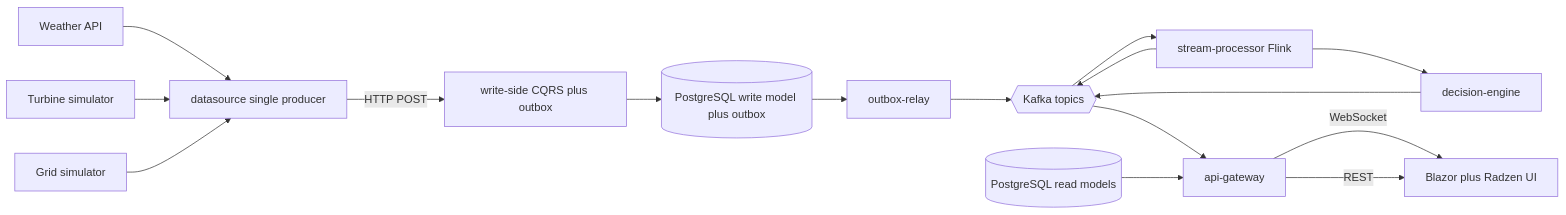
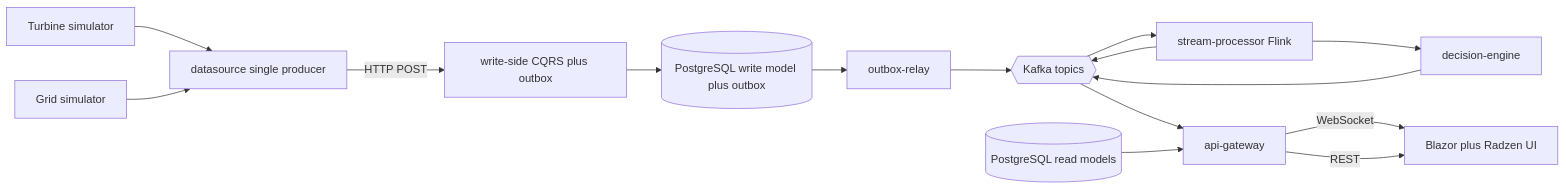
One commit to asaleh-lab/AetherStream changed the first of 2 diagrams in specs/001-aetherstream/architecture.md. Above: the diagram before and after it, drawn with Mermaid. The commit also changed other lines of this file and 33 other files, not shown here.

````diff
--- a/specs/001-aetherstream/architecture.md
+++ b/specs/001-aetherstream/architecture.md
@@ -59,23 +59,22 @@
 ```mermaid
 flowchart LR
-  weatherApi[Weather API] --> datasource[datasource single producer]
-  turbineSim[Turbine simulator] --> datasource
+  turbineSim[Turbine simulator] --> datasource[datasource single producer]
   gridSim[Grid simulator] --> datasource
 
   datasource -->|HTTP POST| writeSide[write-side CQRS plus outbox]
 
   writeSide --> db[(PostgreSQL write model plus outbox)]
 
   db --> relay[outbox-relay]
   relay --> topics{{Kafka topics}}
 
   topics --> processor[stream-processor Flink]
   processor --> topics
   processor --> decision[decision-engine]
   decision --> topics
 
   topics --> gateway[api-gateway]
   read[(PostgreSQL read models)] --> gateway
   gateway -->|WebSocket| ui[Blazor plus Radzen UI]
   gateway -->|REST| ui
 ```
````
